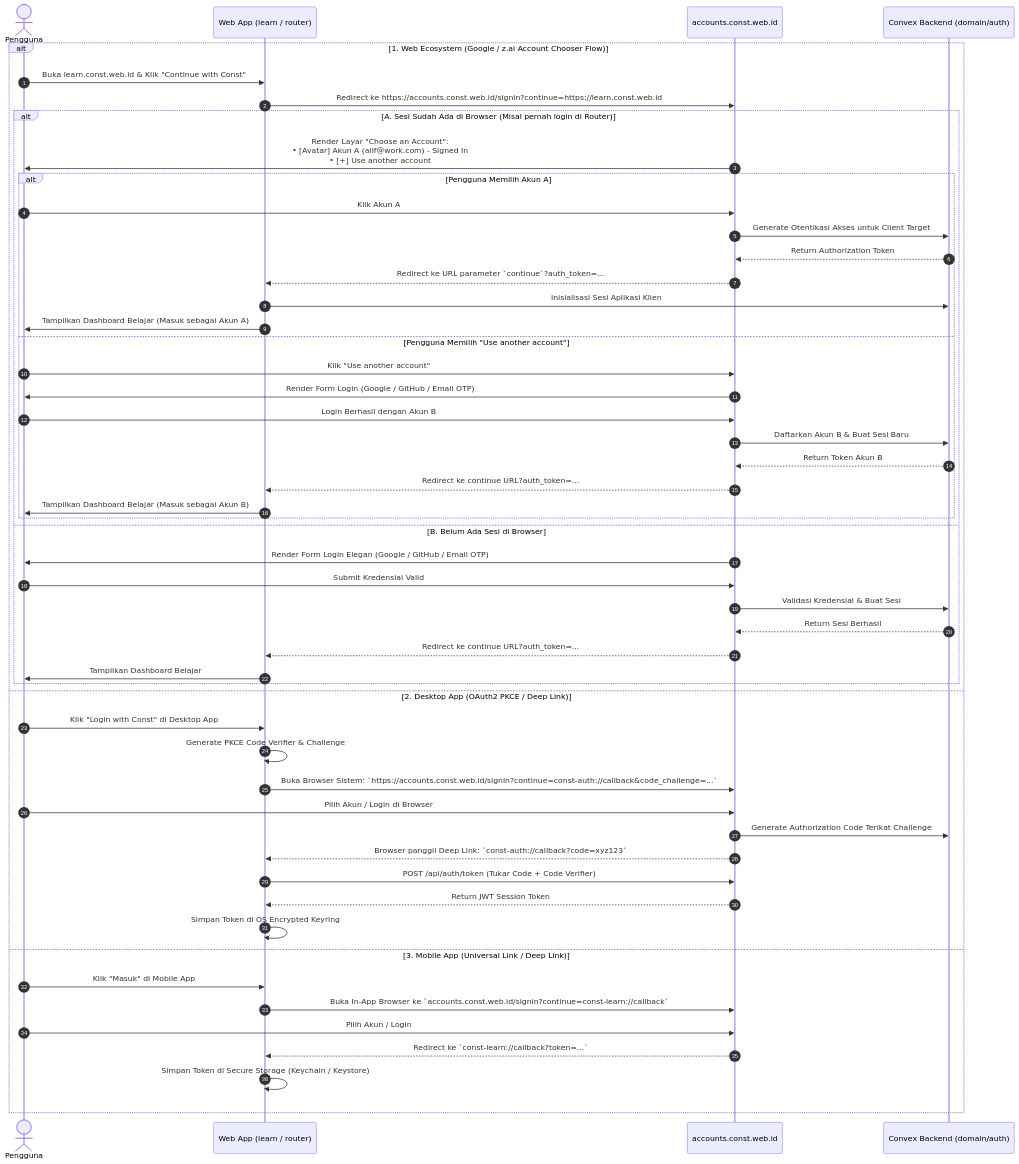
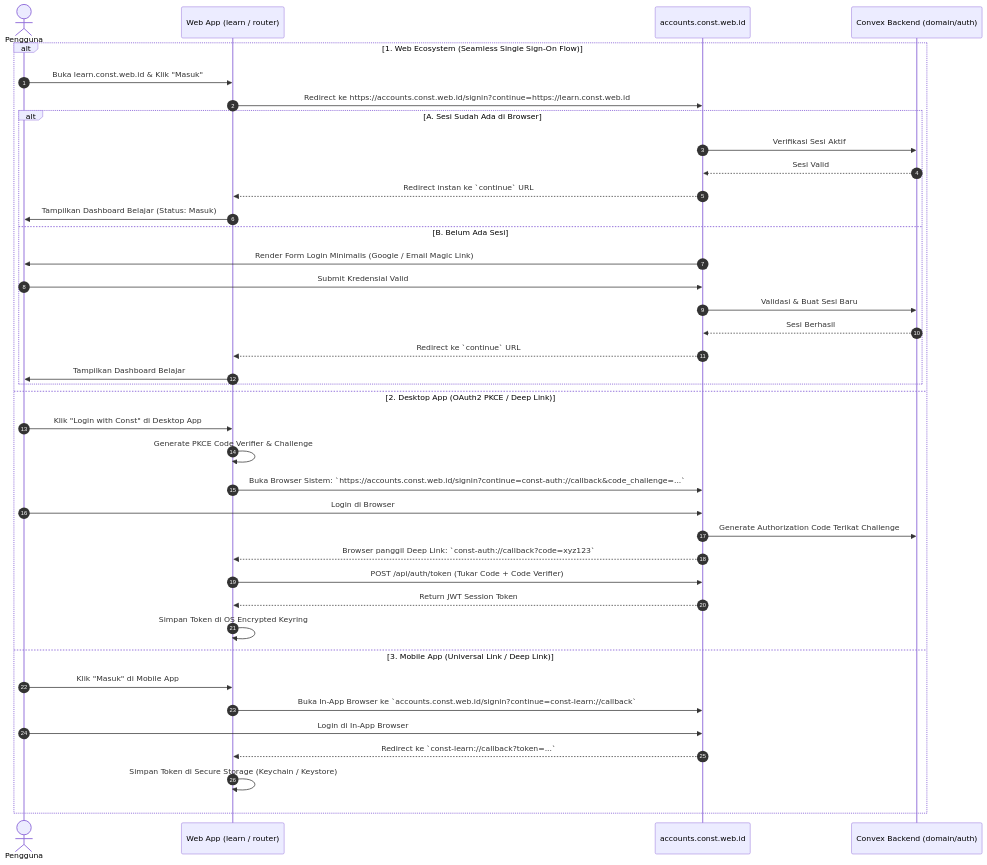
Before and after one commit to alifconstantine/const: the second of 4 diagrams in arsitektur.md, drawn with Mermaid. The commit also changed other lines of this file and 104 other files, not shown here.

Commit message:
feat(accounts, backend): complete accounts auth hub, domain-driven modularization, and security hardening

````diff
--- a/arsitektur.md
+++ b/arsitektur.md
@@ -326,57 +340,44 @@
 ```mermaid
 sequenceDiagram
     autonumber
     actor User as Pengguna
     participant Client as Web App (learn / router)
     participant AuthHub as accounts.const.web.id
     participant Backend as Convex Backend (domain/auth)
 
-    alt 1. Web Ecosystem (Google / z.ai Account Chooser Flow)
-        User->>Client: Buka learn.const.web.id & Klik "Continue with Const"
+    alt 1. Web Ecosystem (Seamless Single Sign-On Flow)
+        User->>Client: Buka learn.const.web.id & Klik "Masuk"
         Client->>AuthHub: Redirect ke https://accounts.const.web.id/signin?continue=https://learn.const.web.id
-        
-        alt A. Sesi Sudah Ada di Browser (Misal pernah login di Router)
-            AuthHub->>User: Render Layar "Choose an Account":<br/>• [Avatar] Akun A (alif@work.com) - Signed In<br/>• [+] Use another account
-            alt Pengguna Memilih Akun A
-                User->>AuthHub: Klik Akun A
-                AuthHub->>Backend: Generate Otentikasi Akses untuk Client Target
-                Backend-->>AuthHub: Return Authorization Token
-                AuthHub-->>Client: Redirect ke URL parameter `continue`?auth_token=...
-                Client->>Backend: Inisialisasi Sesi Aplikasi Klien
-                Client->>User: Tampilkan Dashboard Belajar (Masuk sebagai Akun A)
-            else Pengguna Memilih "Use another account"
-                User->>AuthHub: Klik "Use another account"
-                AuthHub->>User: Render Form Login (Google / GitHub / Email OTP)
-                User->>AuthHub: Login Berhasil dengan Akun B
-                AuthHub->>Backend: Daftarkan Akun B & Buat Sesi Baru
-                Backend-->>AuthHub: Return Token Akun B
-                AuthHub-->>Client: Redirect ke continue URL?auth_token=...
-                Client->>User: Tampilkan Dashboard Belajar (Masuk sebagai Akun B)
-            end
-        else B. Belum Ada Sesi di Browser
-            AuthHub->>User: Render Form Login Elegan (Google / GitHub / Email OTP)
+
+        alt A. Sesi Sudah Ada di Browser
+            AuthHub->>Backend: Verifikasi Sesi Aktif
+            Backend-->>AuthHub: Sesi Valid
+            AuthHub-->>Client: Redirect instan ke `continue` URL
+            Client->>User: Tampilkan Dashboard Belajar (Status: Masuk)
+        else B. Belum Ada Sesi
+            AuthHub->>User: Render Form Login Minimalis (Google / Email Magic Link)
             User->>AuthHub: Submit Kredensial Valid
-            AuthHub->>Backend: Validasi Kredensial & Buat Sesi
-            Backend-->>AuthHub: Return Sesi Berhasil
-            AuthHub-->>Client: Redirect ke continue URL?auth_token=...
+            AuthHub->>Backend: Validasi & Buat Sesi Baru
+            Backend-->>AuthHub: Sesi Berhasil
+            AuthHub-->>Client: Redirect ke `continue` URL
             Client->>User: Tampilkan Dashboard Belajar
         end
 
     else 2. Desktop App (OAuth2 PKCE / Deep Link)
         User->>Client: Klik "Login with Const" di Desktop App
         Client->>Client: Generate PKCE Code Verifier & Challenge
         Client->>AuthHub: Buka Browser Sistem: `https://accounts.const.web.id/signin?continue=const-auth://callback&code_challenge=...`
-        User->>AuthHub: Pilih Akun / Login di Browser
+        User->>AuthHub: Login di Browser
         AuthHub->>Backend: Generate Authorization Code Terikat Challenge
         AuthHub-->>Client: Browser panggil Deep Link: `const-auth://callback?code=xyz123`
         Client->>AuthHub: POST /api/auth/token (Tukar Code + Code Verifier)
         AuthHub-->>Client: Return JWT Session Token
         Client->>Client: Simpan Token di OS Encrypted Keyring
     else 3. Mobile App (Universal Link / Deep Link)
         User->>Client: Klik "Masuk" di Mobile App
         Client->>AuthHub: Buka In-App Browser ke `accounts.const.web.id/signin?continue=const-learn://callback`
-        User->>AuthHub: Pilih Akun / Login
+        User->>AuthHub: Login di In-App Browser
         AuthHub-->>Client: Redirect ke `const-learn://callback?token=...`
         Client->>Client: Simpan Token di Secure Storage (Keychain / Keystore)
     end
 ```
````
